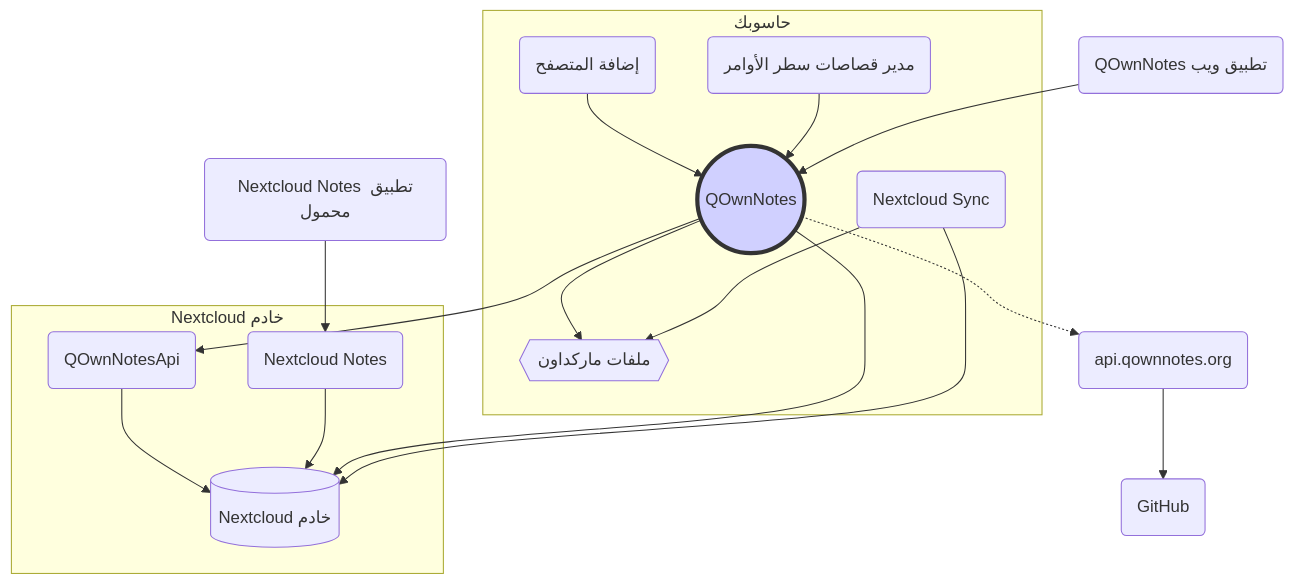
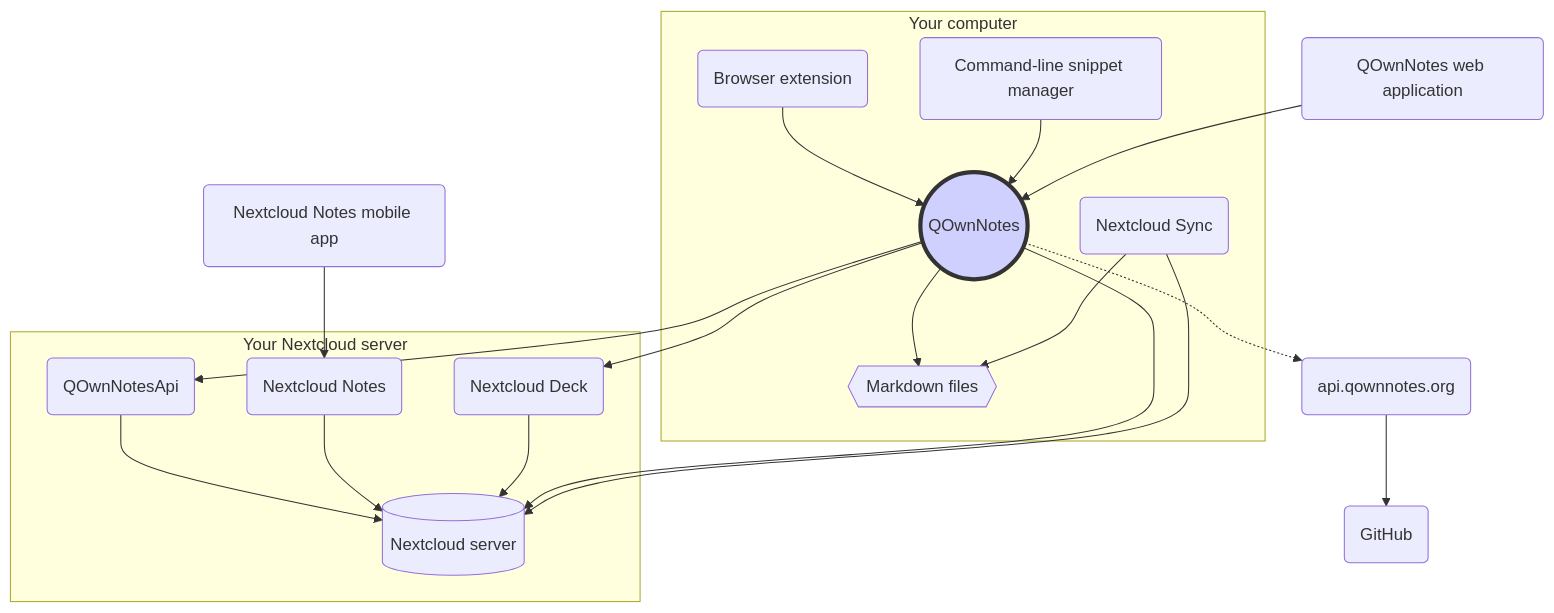
Before and after one commit to pbek/QOwnNotes: the diagram in webpage/src/ar/getting-started/concept.md, drawn with Mermaid. The commit also changed other lines of this file and 90 other files, not shown here.

````diff
--- a/webpage/src/ar/getting-started/concept.md
+++ b/webpage/src/ar/getting-started/concept.md
@@ -3,34 +3,37 @@
 ```mermaid
 graph TB
-    subgraph حاسوبك
-        qon((QOwnNotes))-->md{{"ملفات ماركداون"}}
+    subgraph Your computer
+        qon((QOwnNotes))-->md{{"Markdown files"}}
         sync("Nextcloud Sync")-->md
-        qon-comp("إضافة المتصفح")-->qon
-        qc("مدير قصاصات سطر الأوامر")-->qon
+        qon-comp("Browser extension")-->qon
+        qc("Command-line snippet manager")-->qon
     end
-    subgraph Nextcloud خادم
-        qon-api("QOwnNotesApi")-->ncs[("Nextcloud خادم")]
+    subgraph Your Nextcloud server
+        qon-api("QOwnNotesApi")-->ncs[("Nextcloud server")]
         nc-notes-app("Nextcloud Notes")-->ncs
+        nc-deck-app("Nextcloud Deck")-->ncs
     end
 
-    nc-notes-mob("Nextcloud Notes تطبيق محمول")-->nc-notes-app
-    qon-web-app("QOwnNotes تطبيق ويب")-->qon
+    nc-notes-mob("Nextcloud Notes mobile app")-->nc-notes-app
+    qon-web-app("QOwnNotes web application")-->qon
     qon-->qon-api
     qon-->ncs
+    qon-->nc-deck-app
     sync-->ncs
     qon-.->qon-web-api("api.qownnotes.org")
     qon-web-api-->github("GitHub")
 
     style qon fill:#d0d0ff,stroke:#333,stroke-width:4px
     click qon "/getting-started/concept.html#qownnotes" "QOwnNotes Desktop Application for managing your notes on your desktop computer"
     click md "/getting-started/concept.html#markdown-note-files" "Markdown, media and attachment files in your note folder"
     click qon-comp "/getting-started/concept.html#qownnotes-browser-extension" "QOwnNotes browser extension for managing bookmarks in markdown files and as web clipper"
     click qc "/getting-started/concept.html#qownnotes-command-line-snippet-manager" "QOwnNotes command-line snippet manager"
     click sync "/getting-started/concept.html#nextcloud-desktop-sync-client" "Nextcloud desktop sync client to sync your notes to your server"
     click ncs "/getting-started/concept.html#nextcloud-server" "Nextcloud server to host your notes and other files"
     click qon-api "/getting-started/concept.html#qownnotesapi-nextcloud-app" "QOwnNotesAPI Nextcloud app to access your server-side trash and note versions"
     click nc-notes-app "/getting-started/concept.html#nextcloud-notes-server-app" "Nextcloud Notes server app to manage your notes in the web"
     click nc-notes-mob "/getting-started/concept.html#nextcloud-notes-mobile-app" "Nextcloud Notes mobile app to manage your notes on your mobile phone"
+    click nc-deck-app "/getting-started/concept.html#nextcloud-deck-server-app" "Nextcloud Deck server app to manage reminders and todo lists in the web"
     click qon-web-app "/getting-started/concept.html#qownnotes-web-app" "QOwnNotes Web App to send photos from your mobile phone"
     click qon-web-api "/getting-started/concept.html#api-qownnotes-org"
 ```
````
